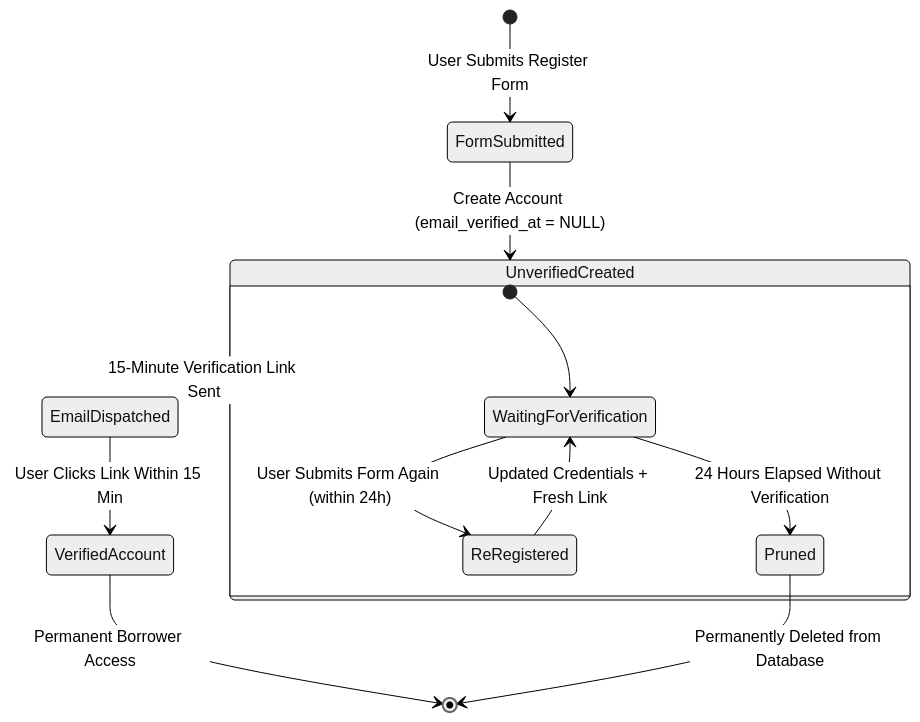
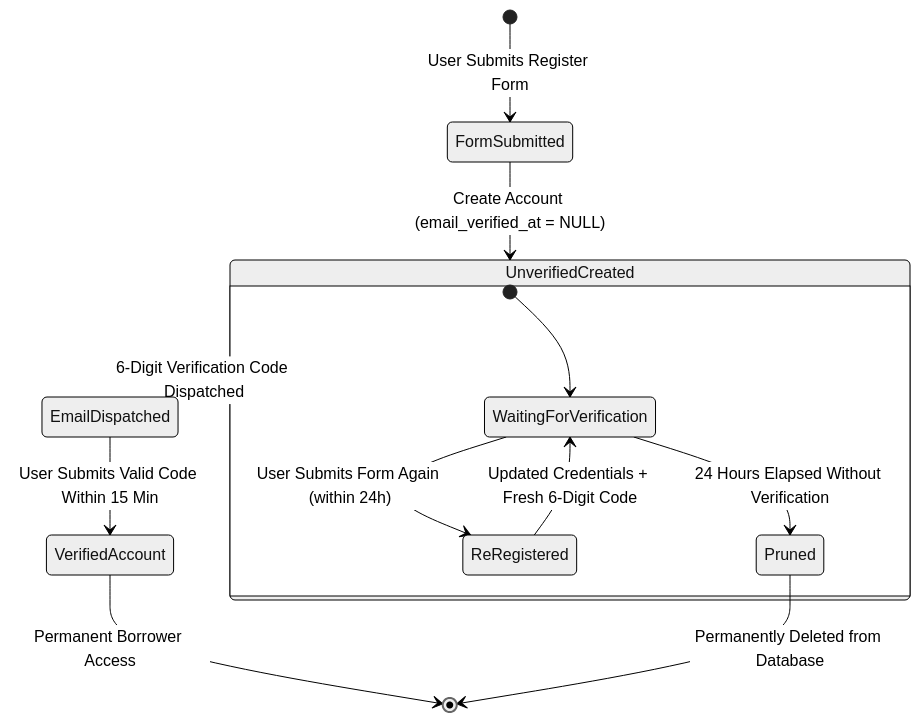
Before and after one commit to zamuwelle/broadtrack: the diagram in docs/architecture/auth-lifecycle.md, drawn with Mermaid (neutral theme). The commit also changed other lines of this file and 23 other files, not shown here.

Commit message:
feat(auth): refactor email verification to in-modal 6-digit OTP flow

````diff
--- a/docs/architecture/auth-lifecycle.md
+++ b/docs/architecture/auth-lifecycle.md
@@ -9,17 +9,17 @@
 ```mermaid
 stateDiagram-v2
     [*] --> FormSubmitted: User Submits Register Form
     FormSubmitted --> UnverifiedCreated: Create Account (email_verified_at = NULL)
-    UnverifiedCreated --> EmailDispatched: 15-Minute Verification Link Sent
+    UnverifiedCreated --> EmailDispatched: 6-Digit Verification Code Dispatched
 
     state UnverifiedCreated {
         [*] --> WaitingForVerification
         WaitingForVerification --> ReRegistered: User Submits Form Again (within 24h)
-        ReRegistered --> WaitingForVerification: Updated Credentials + Fresh Link
+        ReRegistered --> WaitingForVerification: Updated Credentials + Fresh 6-Digit Code
         WaitingForVerification --> Pruned: 24 Hours Elapsed Without Verification
     }
 
-    EmailDispatched --> VerifiedAccount: User Clicks Link Within 15 Min
+    EmailDispatched --> VerifiedAccount: User Submits Valid Code Within 15 Min
     VerifiedAccount --> [*]: Permanent Borrower Access
     Pruned --> [*]: Permanently Deleted from Database
 ```
````
